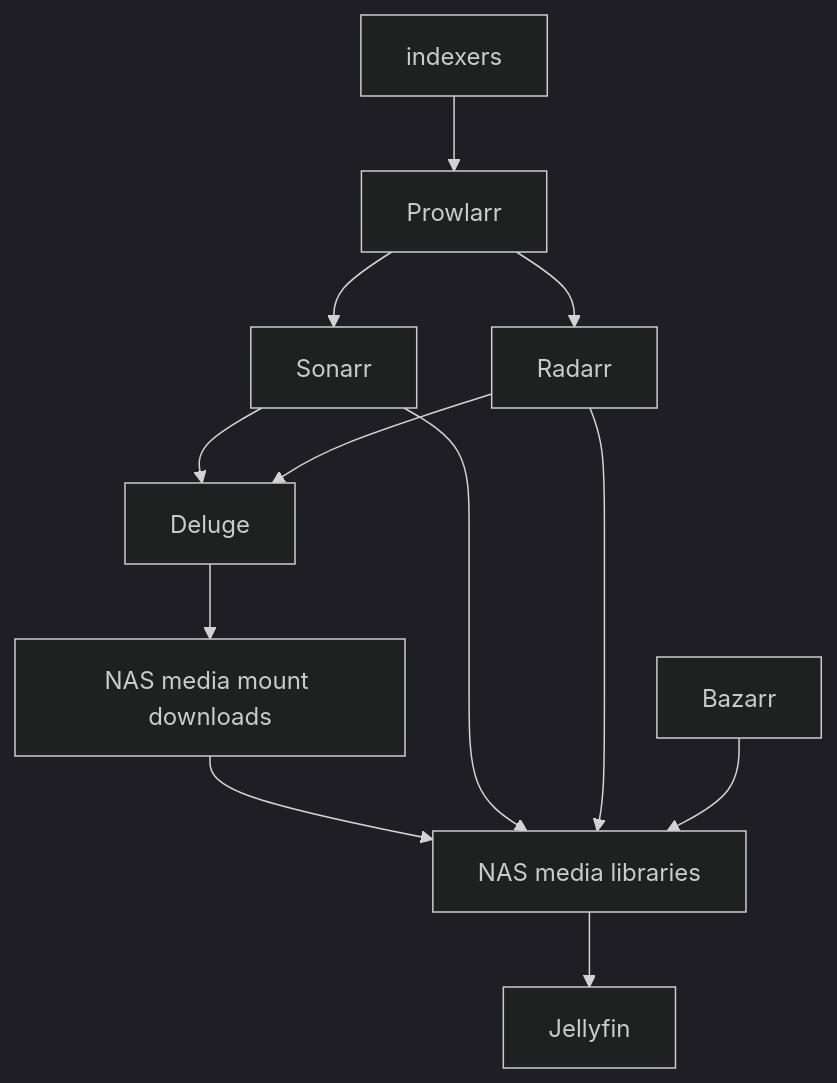
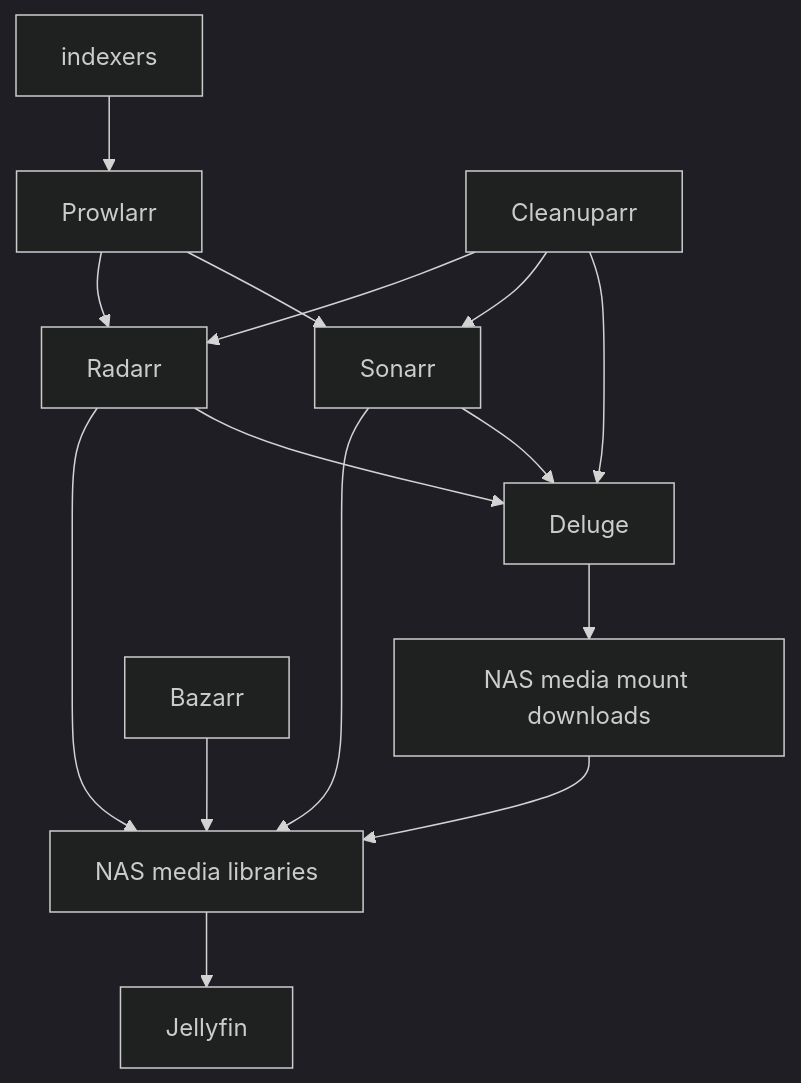
Before and after one commit to georgijspi/homelab: the third of 6 diagrams in README.md, drawn with Mermaid (dark theme). The commit also changed other lines of this file and 6 other files, not shown here.

````diff
--- a/README.md
+++ b/README.md
@@ -128,17 +128,20 @@
 ```mermaid
 flowchart TD
     Indexers[indexers] --> Prowlarr[Prowlarr]
     Prowlarr --> Sonarr[Sonarr]
     Prowlarr --> Radarr[Radarr]
 
     Sonarr --> Deluge[Deluge]
     Radarr --> Deluge
     Deluge --> Downloads[NAS media mount downloads]
+    Cleanuparr[Cleanuparr] --> Deluge
+    Cleanuparr --> Sonarr
+    Cleanuparr --> Radarr
 
     Downloads --> Libraries[NAS media libraries]
     Sonarr --> Libraries
     Radarr --> Libraries
     Bazarr[Bazarr] --> Libraries
 
     Libraries --> Jellyfin[Jellyfin]
 ```
````
